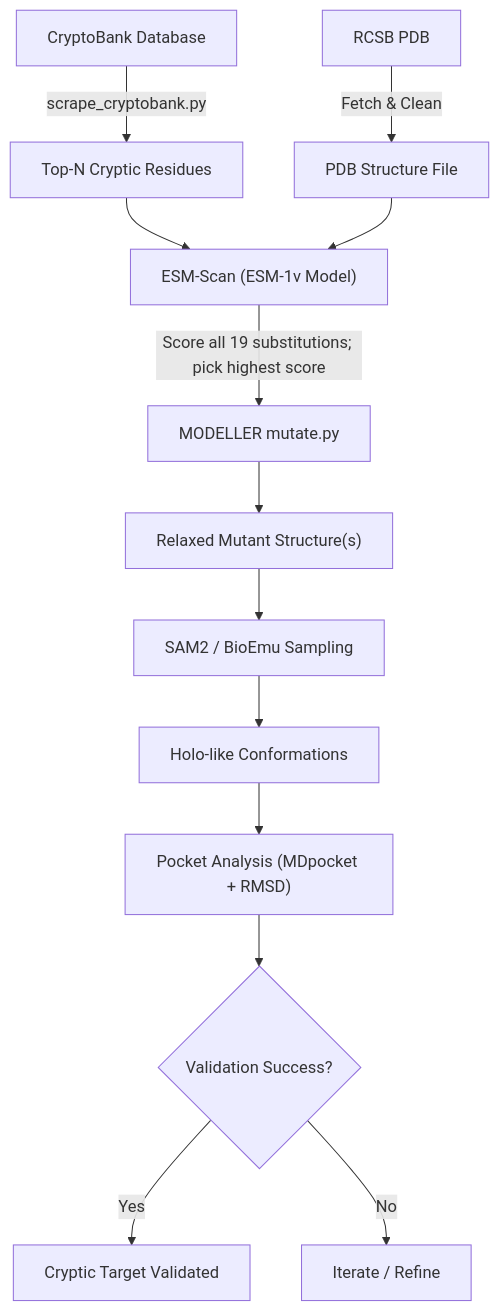
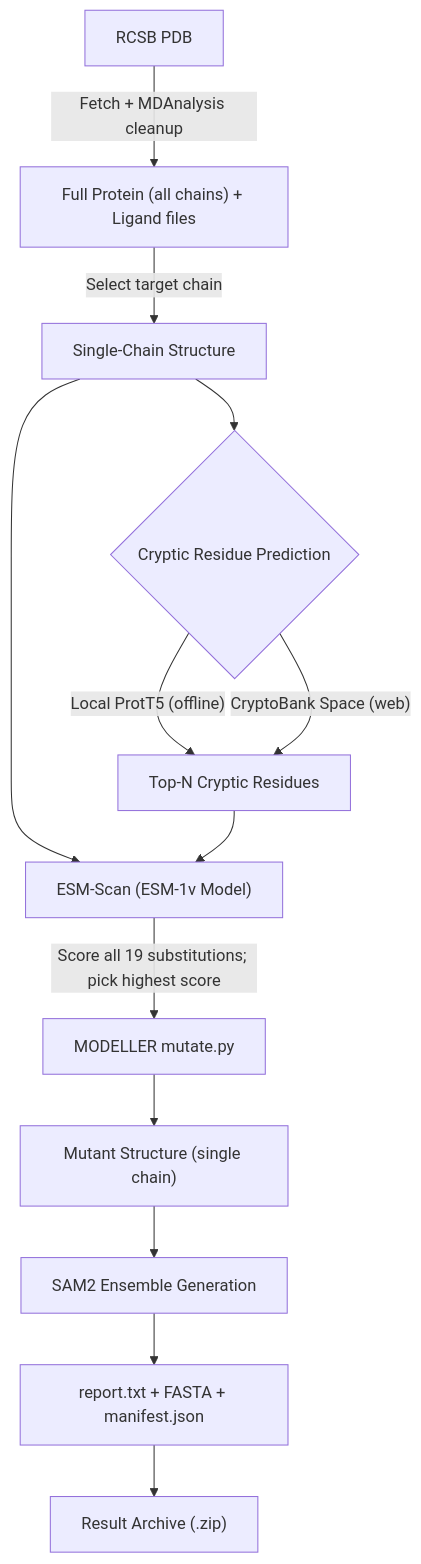
One commit to singhnitink/CryptiScan changed the diagram in README.md. Above: the diagram before and after it, drawn with Mermaid. The commit also changed other lines of this file and 26 other files, not shown here.

````diff
--- a/README.md
+++ b/README.md
@@ -5,20 +5,20 @@
 ```mermaid
 ---
 config:
   layout: dagre
   theme: mc
 ---
 flowchart TB
-    A["CryptoBank Database"] -- "scrape_cryptobank.py" --> B["Top-N Cryptic Residues"]
-    C["RCSB PDB"] -- "Fetch & Clean" --> D["PDB Structure File"]
-    B --> E["ESM-Scan (ESM-1v Model)"]
-    D --> E
-    E -- "Score all 19 substitutions; pick highest score" --> G["MODELLER mutate.py"]
-    G --> H["Relaxed Mutant Structure(s)"]
-    H --> I["SAM2 / BioEmu Sampling"]
-    I --> J["Holo-like Conformations"]
-    J --> K["Pocket Analysis (MDpocket + RMSD)"]
-    K --> L{"Validation Success?"}
-    L -- Yes --> M["Cryptic Target Validated"]
-    L -- No --> N["Iterate / Refine"]
+    A["RCSB PDB"] -- "Fetch + MDAnalysis cleanup" --> B["Full Protein (all chains) + Ligand files"]
+    B -- "Select target chain" --> C["Single-Chain Structure"]
+    C --> D{"Cryptic Residue Prediction"}
+    D -- "Local ProtT5 (offline)" --> E["Top-N Cryptic Residues"]
+    D -- "CryptoBank Space (web)" --> E
+    C --> F["ESM-Scan (ESM-1v Model)"]
+    E --> F
+    F -- "Score all 19 substitutions; pick highest score" --> G["MODELLER mutate.py"]
+    G --> H["Mutant Structure (single chain)"]
+    H --> I["SAM2 Ensemble Generation"]
+    I --> J["report.txt + FASTA + manifest.json"]
+    J --> K["Result Archive (.zip)"]
 ```
````
